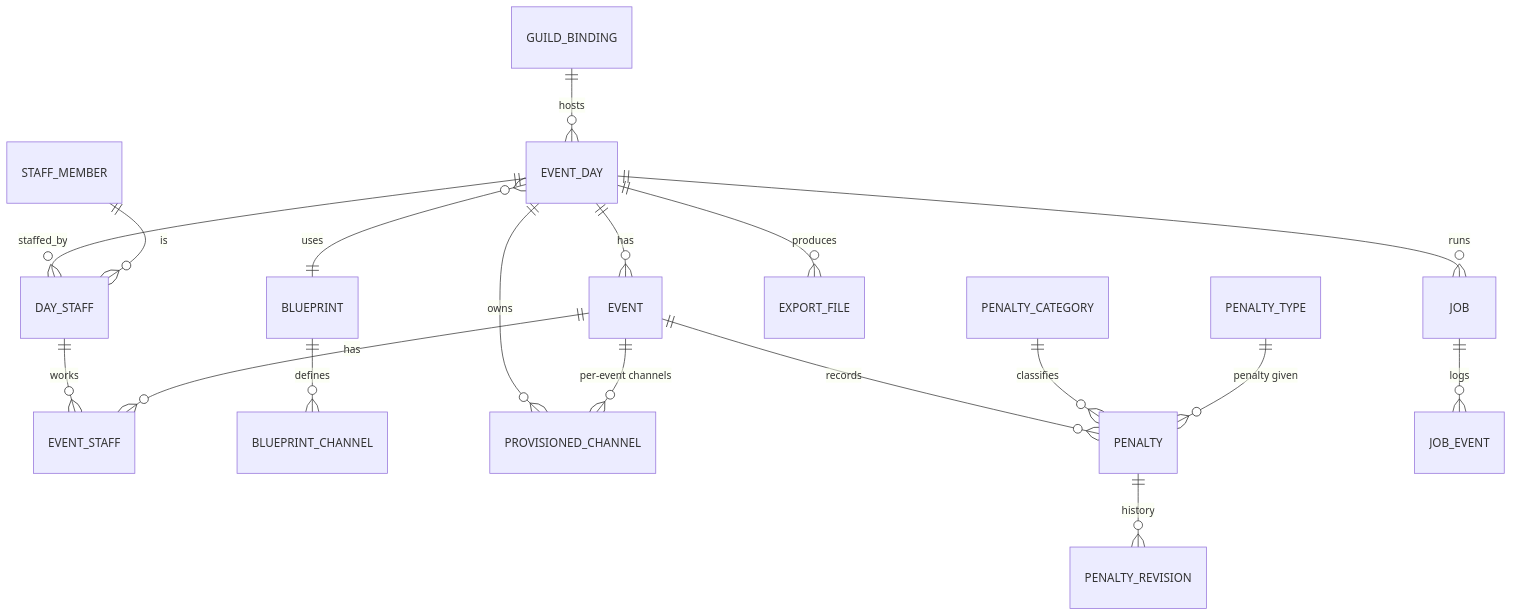
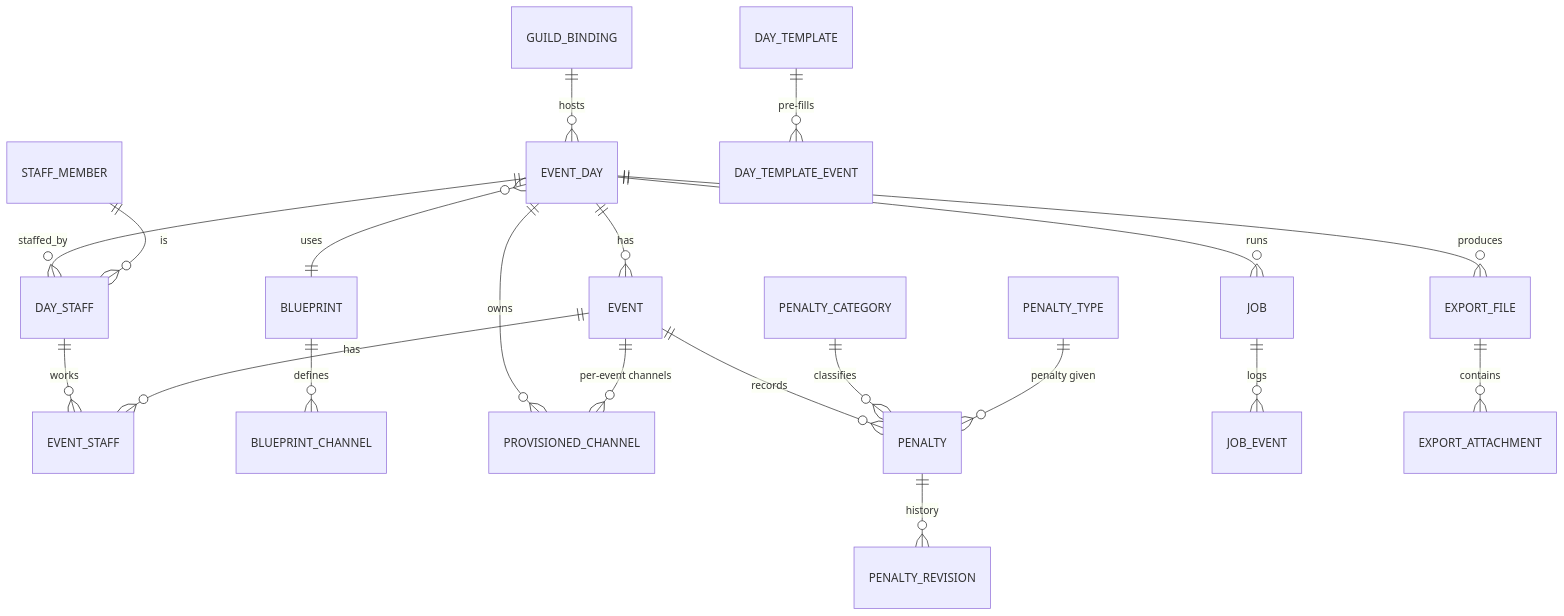
The second of 4 diagrams in docs/architecture/README.md (Towerism/discord-pokemon-tournament-genie), drawn with Mermaid before and after one commit. The commit also changed other lines of this file and 8 other files, not shown here.

First line of the commit message:
docs(architecture): address the adversarial review findings

````diff
--- a/docs/architecture/README.md
+++ b/docs/architecture/README.md
@@ -301,20 +343,22 @@
 ```mermaid
 erDiagram
   GUILD_BINDING ||--o{ EVENT_DAY : hosts
   EVENT_DAY ||--o{ EVENT : has
   EVENT_DAY ||--o{ DAY_STAFF : staffed_by
   DAY_STAFF ||--o{ EVENT_STAFF : works
   EVENT ||--o{ EVENT_STAFF : has
   STAFF_MEMBER ||--o{ DAY_STAFF : is
   BLUEPRINT ||--o{ BLUEPRINT_CHANNEL : defines
   EVENT_DAY }o--|| BLUEPRINT : uses
   EVENT_DAY ||--o{ PROVISIONED_CHANNEL : owns
   EVENT ||--o{ PROVISIONED_CHANNEL : "per-event channels"
   EVENT ||--o{ PENALTY : records
   PENALTY ||--o{ PENALTY_REVISION : history
   EVENT_DAY ||--o{ JOB : runs
   JOB ||--o{ JOB_EVENT : logs
   EVENT_DAY ||--o{ EXPORT_FILE : produces
+  EXPORT_FILE ||--o{ EXPORT_ATTACHMENT : contains
+  DAY_TEMPLATE ||--o{ DAY_TEMPLATE_EVENT : "pre-fills"
   PENALTY_CATEGORY ||--o{ PENALTY : classifies
   PENALTY_TYPE ||--o{ PENALTY : "penalty given"
 ```
````
